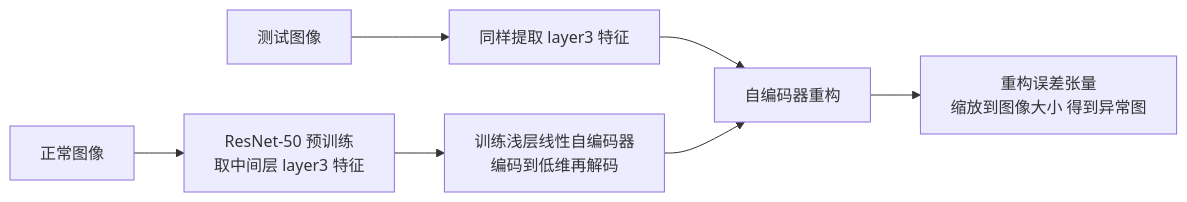
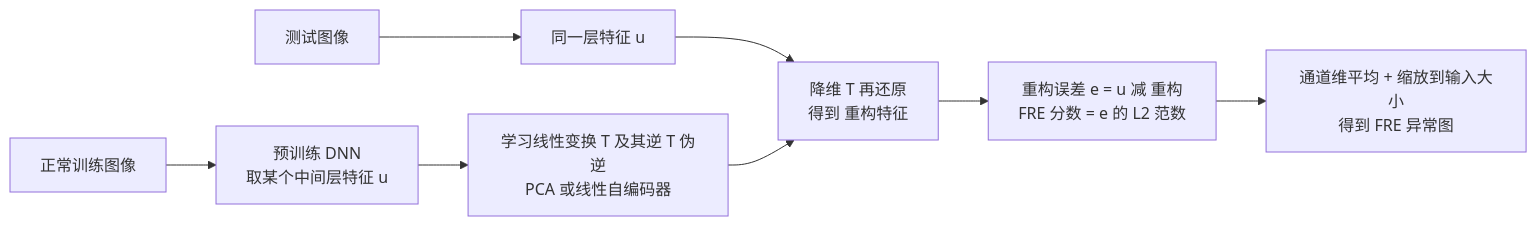
One commit to junxnone/aiwiki changed the diagram in docs/bk/0742_paper_FRE.md. Above: the diagram before and after it, drawn with Mermaid. The commit also changed other lines of this file and 1 other file, not shown here.

Commit message:
更新了 paper FRE

````diff
--- a/docs/bk/0742_paper_FRE.md
+++ b/docs/bk/0742_paper_FRE.md
@@ -25,9 +27,10 @@
 ``` mermaid
 graph LR
-    A["正常图像"] --> B["ResNet-50 预训练<br/>取中间层 layer3 特征"]
-    B --> C["训练浅层线性自编码器<br/>编码到低维再解码"]
-    T["测试图像"] --> D["同样提取 layer3 特征"]
-    D --> E["自编码器重构"]
+    A["正常训练图像"] --> B["预训练 DNN<br/>取某个中间层特征 u"]
+    B --> C["学习线性变换 T 及其逆 T 伪逆<br/>PCA 或线性自编码器"]
+    X["测试图像"] --> D["同一层特征 u"]
+    D --> E["降维 T 再还原<br/>得到 重构特征"]
     C --> E
-    E --> F["重构误差张量<br/>缩放到图像大小 得到异常图"]
+    E --> F["重构误差 e = u 减 重构<br/>FRE 分数 = e 的 L2 范数"]
+    F --> G["通道维平均 + 缩放到输入大小<br/>得到 FRE 异常图"]
 ```
````
